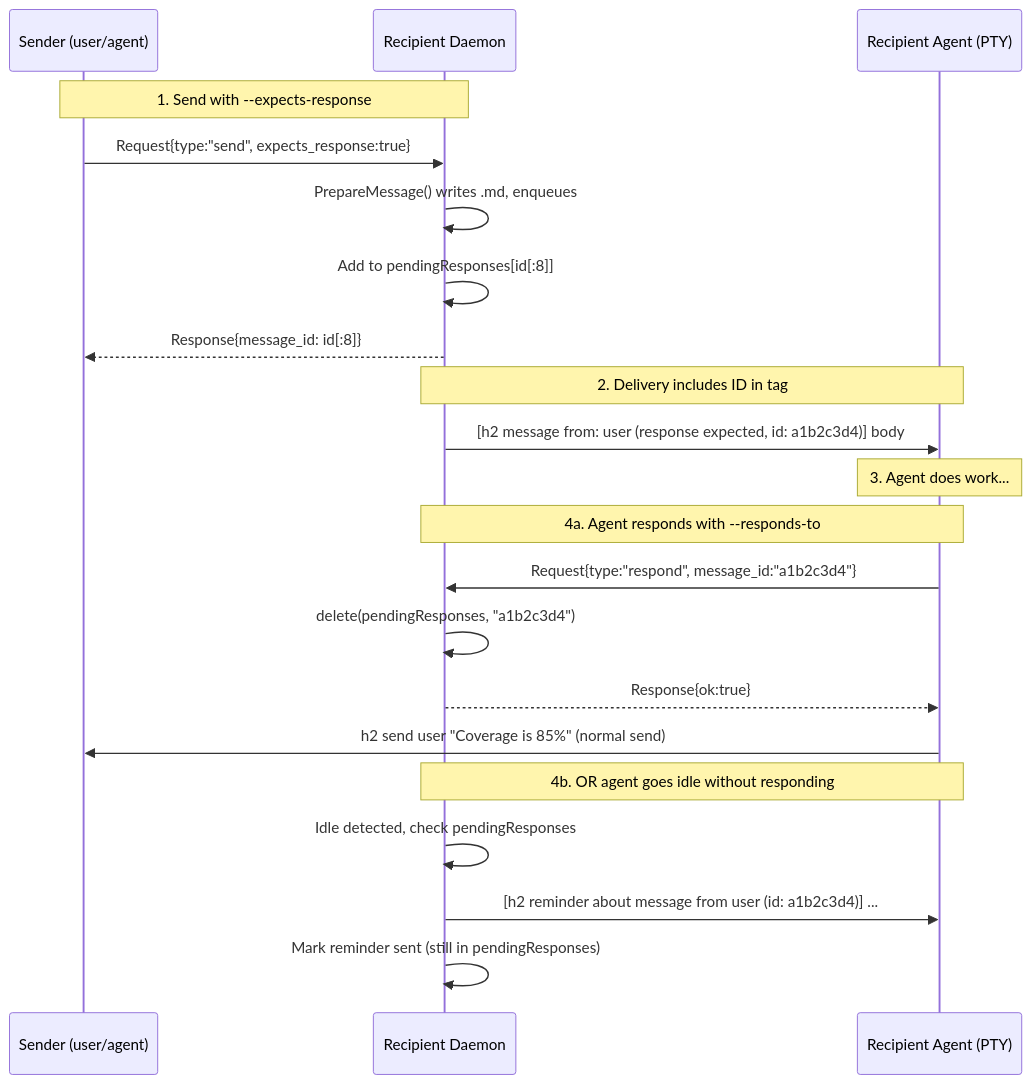
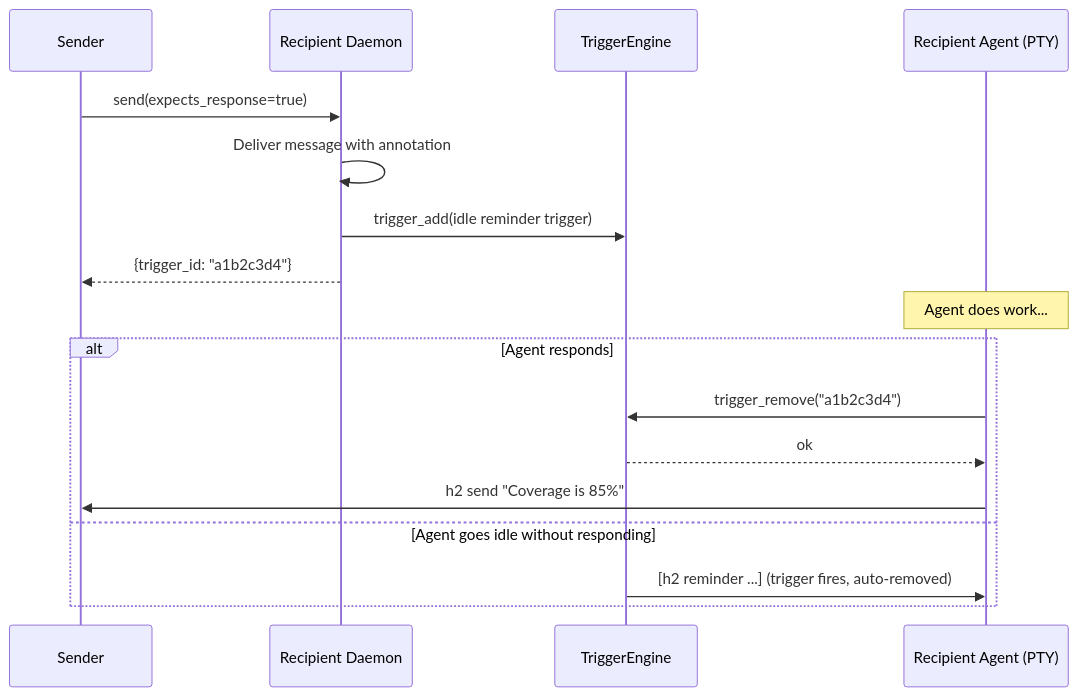
Before and after one commit to mikeschinkel/h2: the diagram in docs/design-expects-response.md, drawn with Mermaid. The commit also changed other lines of this file, not shown here.

First line of the commit message:
Rewrite expects-response design as syntactic sugar over triggers system

````diff
--- a/docs/design-expects-response.md
+++ b/docs/design-expects-response.md
@@ -77,28 +93,22 @@
 ```mermaid
 sequenceDiagram
-    participant Sender as Sender (user/agent)
+    participant Sender
     participant RecipDaemon as Recipient Daemon
+    participant TE as TriggerEngine
     participant Agent as Recipient Agent (PTY)
 
-    Note over Sender,RecipDaemon: 1. Send with --expects-response
-    Sender->>RecipDaemon: Request{type:"send", expects_response:true}
-    RecipDaemon->>RecipDaemon: PrepareMessage() writes .md, enqueues
-    RecipDaemon->>RecipDaemon: Add to pendingResponses[id[:8]]
-    RecipDaemon-->>Sender: Response{message_id: id[:8]}
+    Sender->>RecipDaemon: send(expects_response=true)
+    RecipDaemon->>RecipDaemon: Deliver message with annotation
+    RecipDaemon->>TE: trigger_add(idle reminder trigger)
+    RecipDaemon-->>Sender: {trigger_id: "a1b2c3d4"}
 
-    Note over RecipDaemon,Agent: 2. Delivery includes ID in tag
-    RecipDaemon->>Agent: [h2 message from: user (response expected, id: a1b2c3d4)] body
+    Note over Agent: Agent does work...
 
-    Note over Agent,Agent: 3. Agent does work...
-
-    Note over Agent,RecipDaemon: 4a. Agent responds with --responds-to
-    Agent->>RecipDaemon: Request{type:"respond", message_id:"a1b2c3d4"}
-    RecipDaemon->>RecipDaemon: delete(pendingResponses, "a1b2c3d4")
-    RecipDaemon-->>Agent: Response{ok:true}
-    Agent->>Sender: h2 send user "Coverage is 85%" (normal send)
-
-    Note over RecipDaemon,Agent: 4b. OR agent goes idle without responding
-    RecipDaemon->>RecipDaemon: Idle detected, check pendingResponses
-    RecipDaemon->>Agent: [h2 reminder about message from user (id: a1b2c3d4)] ...
-    RecipDaemon->>RecipDaemon: Mark reminder sent (still in pendingResponses)
+    alt Agent responds
+        Agent->>TE: trigger_remove("a1b2c3d4")
+        TE-->>Agent: ok
+        Agent->>Sender: h2 send "Coverage is 85%"
+    else Agent goes idle without responding
+        TE->>Agent: [h2 reminder ...] (trigger fires, auto-removed)
+    end
 ```
````
